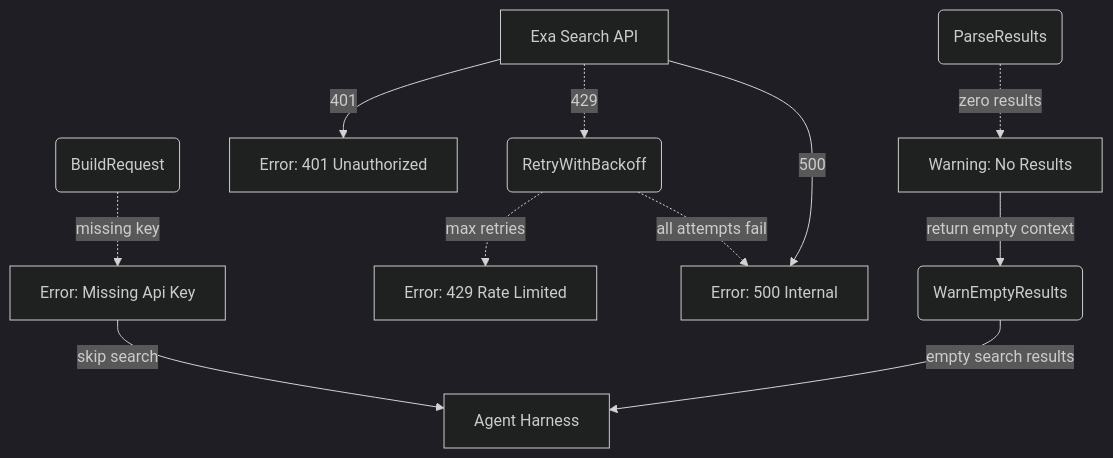
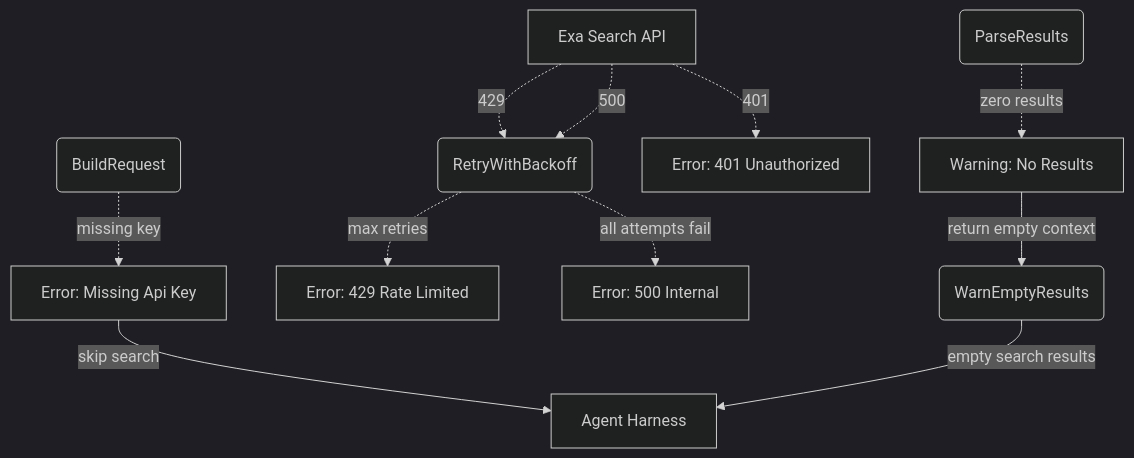
One commit to cosmoswafer/rockbot changed the second of 4 diagrams in _dfds/tools/exa-search.md. Above: the diagram before and after it, drawn with Mermaid (dark theme). The commit also changed other lines of this file and 11 other files, not shown here.

Commit message:
deep review: fix all DFD gaps, implement typing heartbeat, Exa retry, L2 prune guard, add image-gen DFD

````diff
--- a/_dfds/tools/exa-search.md
+++ b/_dfds/tools/exa-search.md
@@ -41,25 +41,25 @@
 ```mermaid
 flowchart TD
     BUILD(BuildRequest)
     EXA[Exa Search API]
     RETRY(RetryWithBackoff)
     PARSE(ParseResults)
     ERR_KEY[Error: Missing Api Key]
     ERR_AUTH[Error: 401 Unauthorized]
     ERR_RATE[Error: 429 Rate Limited]
     ERR_SVR[Error: 500 Internal]
     ERR_EMPTY[Warning: No Results]
     WARN_FALLBACK(WarnEmptyResults)
     AGENT[Agent Harness]
 
     BUILD -.->|"missing key"| ERR_KEY
     ERR_KEY -->|"skip search"| AGENT
-    EXA -->|"401"| ERR_AUTH
+    EXA -.->|"401"| ERR_AUTH
     EXA -.->|"429"| RETRY
     RETRY -.->|"max retries"| ERR_RATE
-    EXA -->|"500"| ERR_SVR
+    EXA -.->|"500"| RETRY
     RETRY -.->|"all attempts fail"| ERR_SVR
     PARSE -.->|"zero results"| ERR_EMPTY
     ERR_EMPTY -->|"return empty context"| WARN_FALLBACK
     WARN_FALLBACK -->|"empty search results"| AGENT
 ```
````
